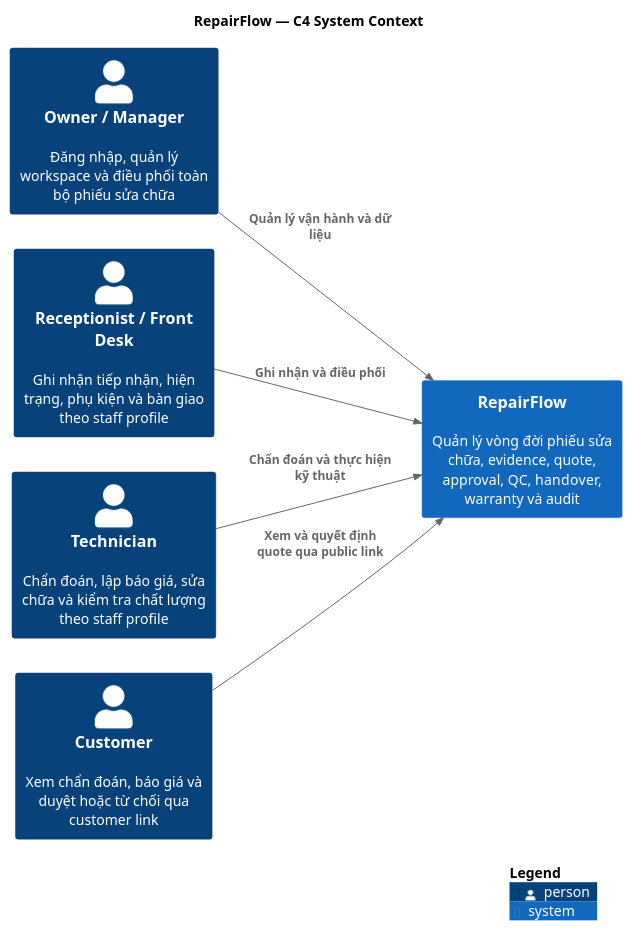
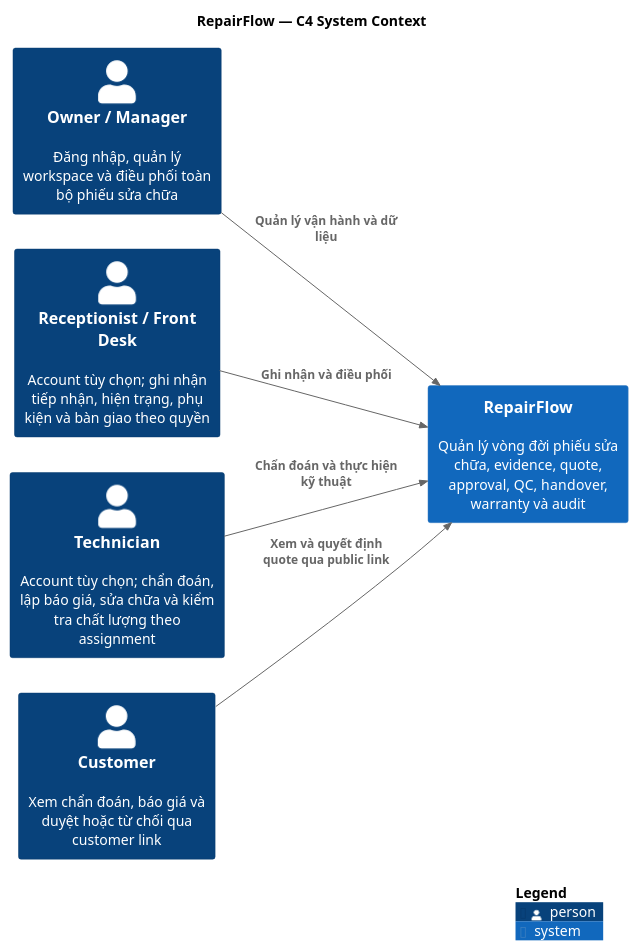
Before and after one commit to datdt03/DOTHANHDAT_INTERN_01278: the diagram in docs/v0/architecture/repairflow-c4-system-context.puml, drawn with PlantUML. The commit also changed 20 other files, not shown here.

Commit message:
feat(docs): add use case overview diagram for RepairFlow

```diff
--- a/docs/v0/architecture/repairflow-c4-system-context.puml
+++ b/docs/v0/architecture/repairflow-c4-system-context.puml
@@ -1,19 +1,19 @@
 @startuml repairflow-c4-system-context
 !include <C4/C4_Context>
 
 LAYOUT_LEFT_RIGHT()
 title RepairFlow — C4 System Context
 
 Person(owner, "Owner / Manager", "Đăng nhập, quản lý workspace và điều phối toàn bộ phiếu sửa chữa")
-Person(receptionist, "Receptionist / Front Desk", "Ghi nhận tiếp nhận, hiện trạng, phụ kiện và bàn giao theo staff profile")
-Person(technician, "Technician", "Chẩn đoán, lập báo giá, sửa chữa và kiểm tra chất lượng theo staff profile")
+Person(receptionist, "Receptionist / Front Desk", "Account tùy chọn; ghi nhận tiếp nhận, hiện trạng, phụ kiện và bàn giao theo quyền")
+Person(technician, "Technician", "Account tùy chọn; chẩn đoán, lập báo giá, sửa chữa và kiểm tra chất lượng theo assignment")
 Person(customer, "Customer", "Xem chẩn đoán, báo giá và duyệt hoặc từ chối qua customer link")
 System(repairflow, "RepairFlow", "Quản lý vòng đời phiếu sửa chữa, evidence, quote, approval, QC, handover, warranty và audit")
 
 Rel(owner, repairflow, "Quản lý vận hành và dữ liệu")
 Rel(receptionist, repairflow, "Ghi nhận và điều phối")
 Rel(technician, repairflow, "Chẩn đoán và thực hiện kỹ thuật")
 Rel(customer, repairflow, "Xem và quyết định quote qua public link")
 
 SHOW_LEGEND()
 @enduml
```
